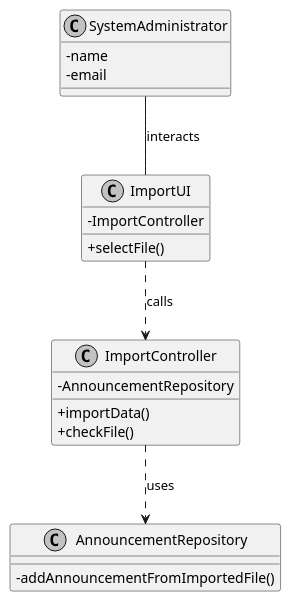
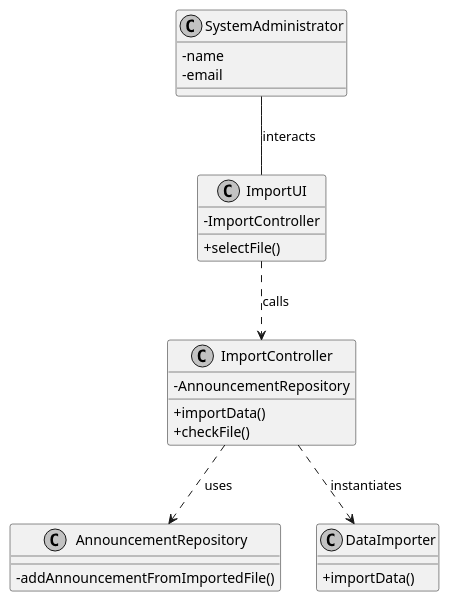
Before and after one commit to Goncalves2525/real-estate-management-system: the diagram in docs/sprintD/us012/03.design/puml/us012-class-diagram.puml, drawn with PlantUML. The commit also changed 12 other files, not shown here.

Commit message:
[US002] - added SMS notification after publish [US012] - Added reflection to ImportController

```diff
--- a/docs/sprintD/us012/03.design/puml/us012-class-diagram.puml
+++ b/docs/sprintD/us012/03.design/puml/us012-class-diagram.puml
@@ -1,43 +1,45 @@
 @startuml
 skinparam monochrome true
 skinparam packageStyle rectangle
 skinparam shadowing false
 skinparam linetype polyline
 skinparam classAttributeIconSize 0
 
 'left to right direction
-
-'class LegacySystem {
-'    + loadData(location) : importResult
-'}
 
 class SystemAdministrator {
     - name
     - email
 }
 
 class ImportController {
     - AnnouncementRepository
     + importData()
     + checkFile()
 }
 
 class ImportUI {
     - ImportController
     + selectFile()
 }
 
 class AnnouncementRepository {
     - addAnnouncementFromImportedFile()
 }
 
+class DataImporter{
+    + importData()
+}
+
 
 ImportUI ..> ImportController : calls
 
 'ImportInformationController --> LegacySystem : uses
 
 SystemAdministrator -- ImportUI : interacts
 
 ImportController ..> AnnouncementRepository : uses
 
+ImportController ..> DataImporter : instantiates
+
 @enduml
```
